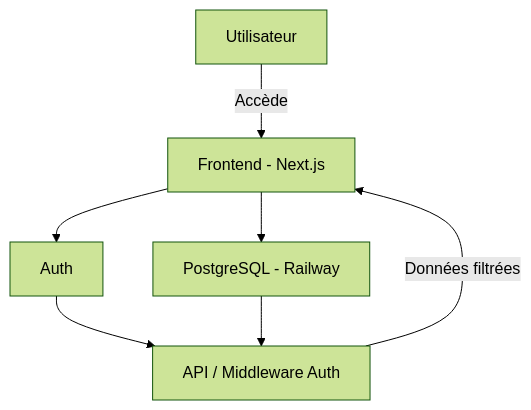
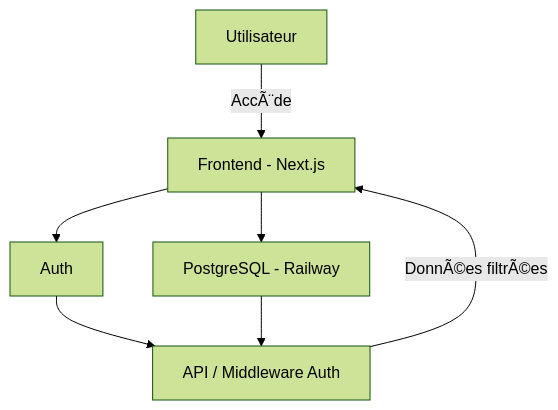
Before and after one commit to elielMengue/manda: the diagram in README.md, drawn with Mermaid (forest theme). The commit also changed other lines of this file and 183 other files, not shown here.

````diff
--- a/README.md
+++ b/README.md
@@ -71,9 +71,9 @@
 ```mermaid
 flowchart TD
-    A[Utilisateur] -->|Accède| B[Frontend - Next.js]
+    A[Utilisateur] -->|AccÃ¨de| B[Frontend - Next.js]
     B --> C[Auth]
     B --> D[PostgreSQL - Railway]
     C --> E[API / Middleware Auth]
     D --> E
-    E -->|Données filtrées| B
+    E -->|DonnÃ©es filtrÃ©es| B
 ```
````
